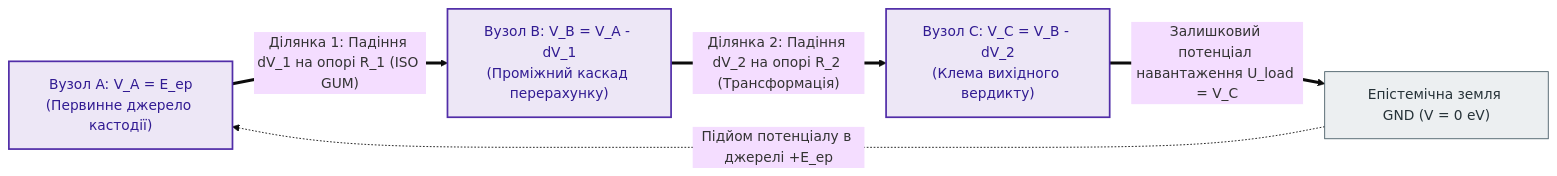
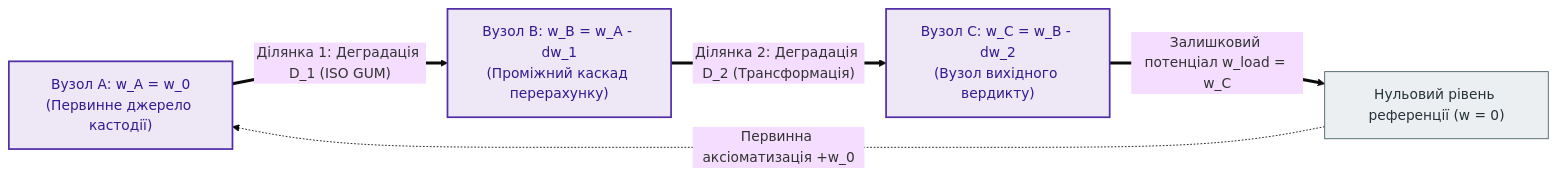
One commit to nick-fedchik/articles changed the second of 2 diagrams in Epistemic_Circuit_Theory/ch03-fedchyk-conservation-laws.md. Above: the diagram before and after it, drawn with Mermaid (base theme). The commit also changed other lines of this file and 10 other files, not shown here.

````diff
--- a/Epistemic_Circuit_Theory/ch03-fedchyk-conservation-laws.md
+++ b/Epistemic_Circuit_Theory/ch03-fedchyk-conservation-laws.md
@@ -115,20 +115,20 @@
 ```mermaid
 flowchart LR
-    accTitle: Рисунок 3.2. Другий закон Федчика про баланс потенціалів та накопичення невизначеності у петлі
-    accDescr: Послідовне падіння потенціалу достовірності ΔV_1 та ΔV_2 вздовж шляху виведення від джерела у вузлі A через проміжний вузол B до вихідного вузла C та замикання балансу через землю.
+    accTitle: Рисунок 3.2. Другий топологічний інваріант про баланс потенціалів достовірності та накопичення невизначеності вздовж шляху
+    accDescr: Послідовне зниження потенціалу достовірності dw_1 та dw_2 вздовж шляху виведення від джерела у вузлі A через проміжний вузол B до вихідного вузла C.
 
-    NodeA["Вузол A: V_A = E_ep\n(Первинне джерело кастодії)"]
-    NodeB["Вузол B: V_B = V_A - dV_1\n(Проміжний каскад перерахунку)"]
-    NodeC["Вузол C: V_C = V_B - dV_2\n(Клема вихідного вердикту)"]
-    GND["Епістемічна земля GND (V = 0 eV)"]
+    NodeA["Вузол A: w_A = w_0\n(Первинне джерело кастодії)"]
+    NodeB["Вузол B: w_B = w_A - dw_1\n(Проміжний каскад перерахунку)"]
+    NodeC["Вузол C: w_C = w_B - dw_2\n(Вузол вихідного вердикту)"]
+    GND["Нульовий рівень референції (w = 0)"]
 
-    NodeA ==>|"Ділянка 1: Падіння dV_1 на опорі R_1 (ISO GUM)"| NodeB
-    NodeB ==>|"Ділянка 2: Падіння dV_2 на опорі R_2 (Трансформація)"| NodeC
-    NodeC ==>|"Залишковий потенціал навантаження U_load = V_C"| GND
-    GND -.->|"Підйом потенціалу в джерелі +E_ep"| NodeA
+    NodeA ==>|"Ділянка 1: Деградація D_1 (ISO GUM)"| NodeB
+    NodeB ==>|"Ділянка 2: Деградація D_2 (Трансформація)"| NodeC
+    NodeC ==>|"Залишковий потенціал w_load = w_C"| GND
+    GND -.->|"Первинна аксіоматизація +w_0"| NodeA
 
     classDef node fill:#ede7f6,stroke:#512da8,stroke-width:2px,color:#311b92;
     classDef gnd fill:#eceff1,stroke:#455a64,stroke-width:1px,color:#263238;
     class NodeA,NodeB,NodeC node;
     class GND gnd;
 ```
````
